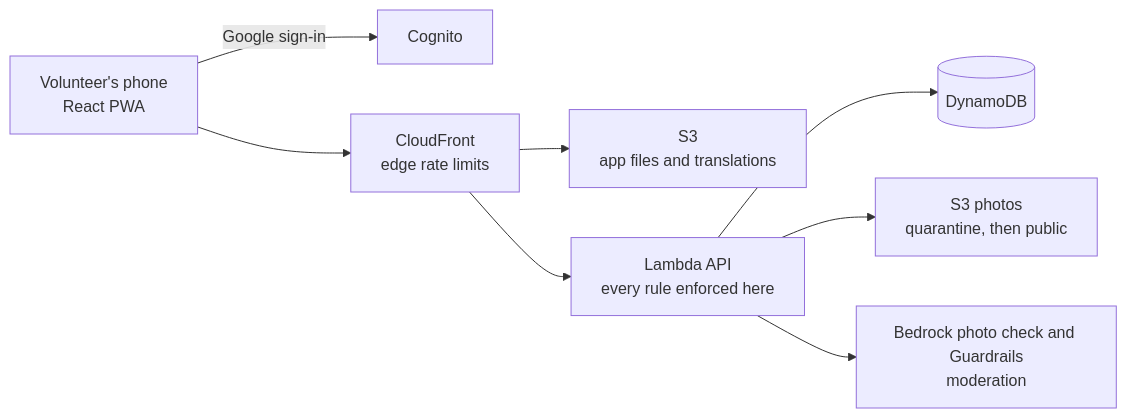
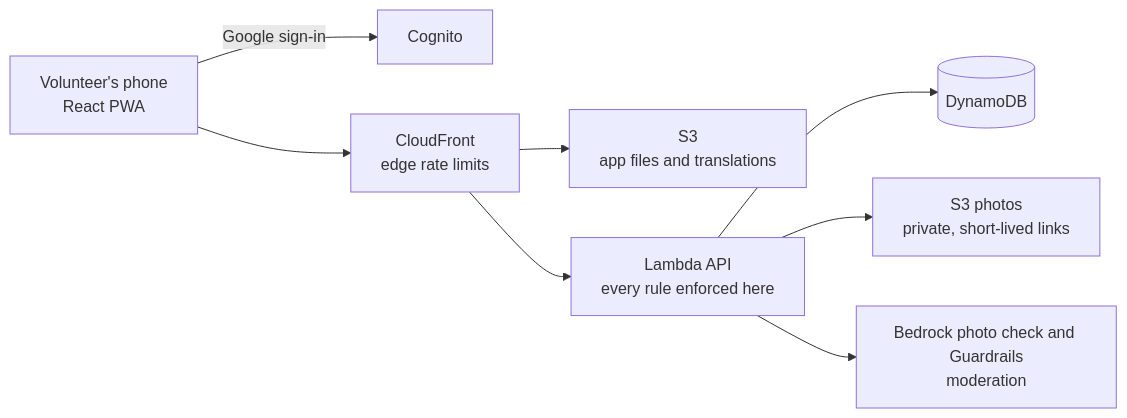
Before and after one commit to Bar-2020/silent-whisker: the diagram in README.md, drawn with Mermaid. The commit also changed 25 other files, not shown here.

````diff
--- a/README.md
+++ b/README.md
@@ -60,10 +60,10 @@
 ```mermaid
 flowchart LR
     phone["Volunteer's phone<br/>React PWA"] -- "Google sign-in" --> cognito["Cognito"]
     phone --> edge["CloudFront<br/>edge rate limits"]
     edge --> files["S3<br/>app files and translations"]
     edge --> api["Lambda API<br/>every rule enforced here"]
     api --> db[("DynamoDB")]
-    api --> photos["S3 photos<br/>quarantine, then public"]
+    api --> photos["S3 photos<br/>private, short-lived links"]
     api --> mod["Bedrock photo check and Guardrails<br/>moderation"]
 ```
````
